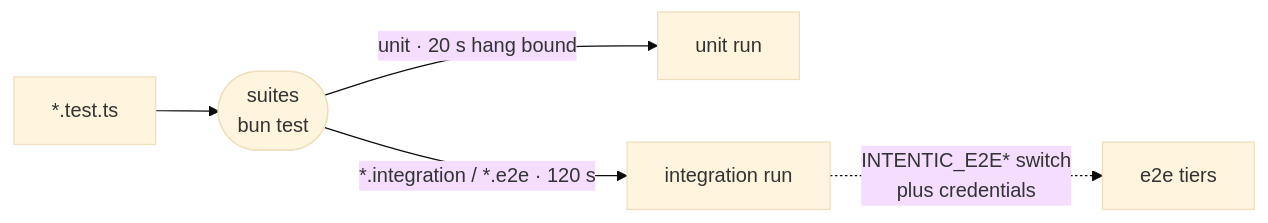
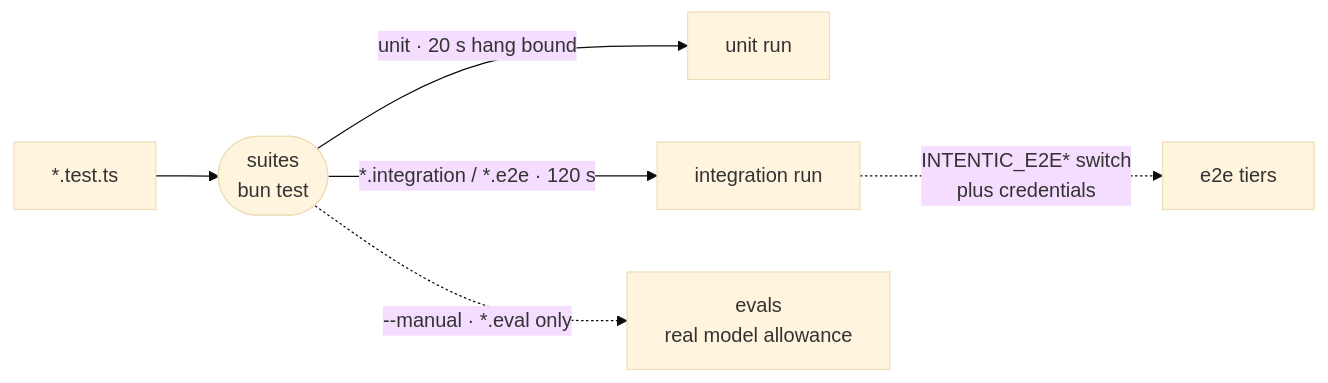
The diagram in docs/architecture/testing.md (intentic/intentic), drawn with Mermaid (base theme) before and after one commit. The commit also changed other lines of this file and 269 other files, not shown here.

````diff
--- a/docs/architecture/testing.md
+++ b/docs/architecture/testing.md
@@ -5,7 +5,8 @@
 ```mermaid
 flowchart LR
     file["*.test.ts"] --> suites(["suites<br/>bun test"])
     suites -->|"unit · 20 s hang bound"| unit["unit run"]
     suites -->|"*.integration / *.e2e · 120 s"| integ["integration run"]
     integ -.->|"INTENTIC_E2E* switch<br/>plus credentials"| e2e["e2e tiers"]
+    suites -.->|"--manual · *.eval only"| evals["evals<br/>real model allowance"]
 ```
````
